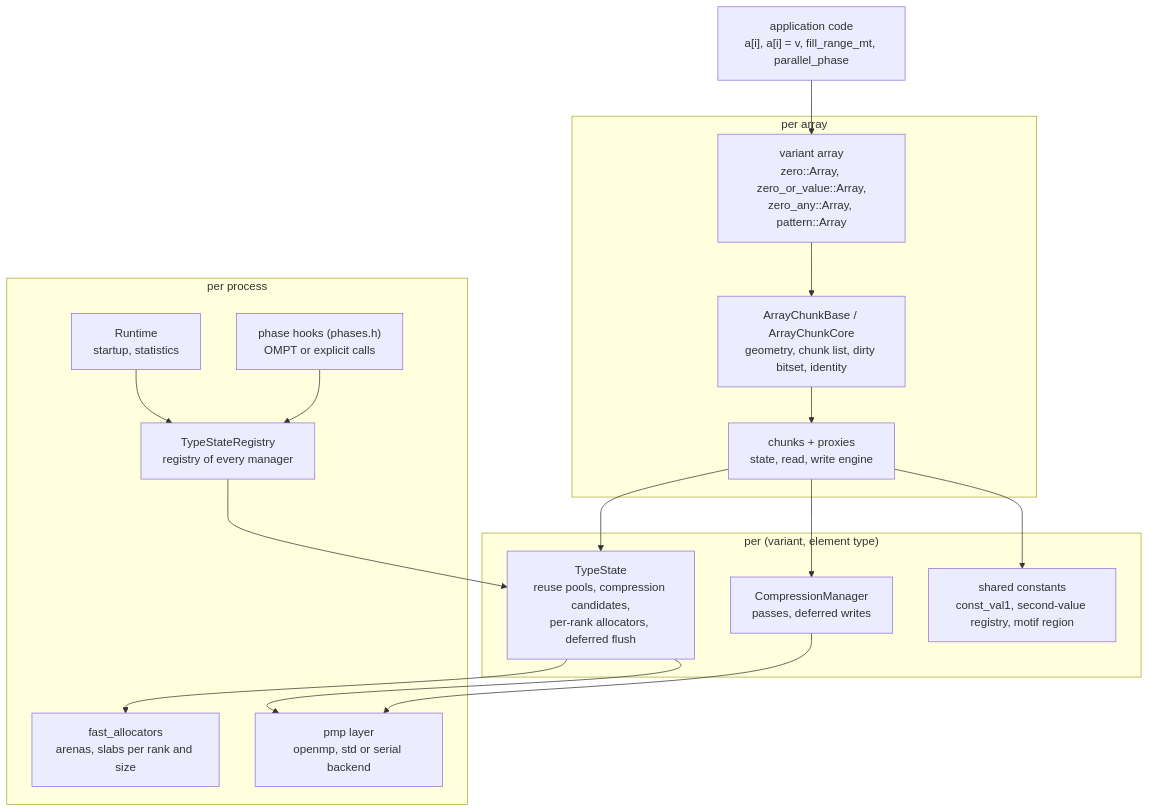
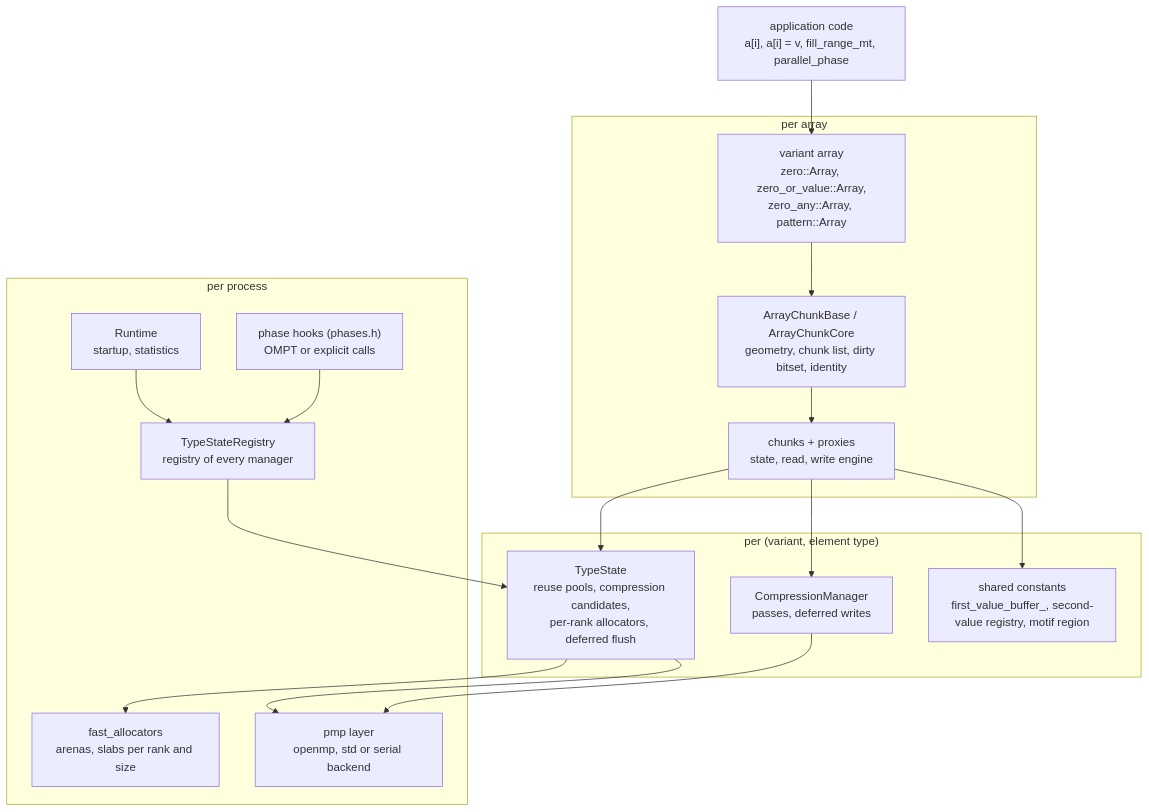
Before and after one commit to cea-hpc/shrink-array: the second of 3 diagrams in docs/design.md, drawn with Mermaid. The commit also changed other lines of this file and 79 other files, not shown here.

````diff
--- a/docs/design.md
+++ b/docs/design.md
@@ -74,31 +74,31 @@
 ```mermaid
 flowchart TB
     app["application code<br/>a[i], a[i] = v, fill_range_mt, parallel_phase"]
     subgraph per_array["per array"]
         arr["variant array<br/>zero::Array, zero_or_value::Array,<br/>zero_any::Array, pattern::Array"]
         base["ArrayChunkBase / ArrayChunkCore<br/>geometry, chunk list, dirty bitset, identity"]
         chk["chunks + proxies<br/>state, read, write engine"]
     end
     subgraph per_type["per (variant, element type)"]
         mgr["TypeState<br/>reuse pools, compression candidates,<br/>per-rank allocators, deferred flush"]
         cmp["CompressionManager<br/>passes, deferred writes"]
-        reg["shared constants<br/>const_val1, second-value registry, motif region"]
+        reg["shared constants<br/>first_value_buffer_, second-value registry, motif region"]
     end
     subgraph per_process["per process"]
         all["TypeStateRegistry<br/>registry of every manager"]
         par["Runtime<br/>startup, statistics"]
         phase["phase hooks (phases.h)<br/>OMPT or explicit calls"]
         pmp["pmp layer<br/>openmp, std or serial backend"]
         fa["fast_allocators<br/>arenas, slabs per rank and size"]
     end
     app --> arr --> base --> chk
     chk --> mgr
     chk --> cmp
     chk --> reg
     mgr --> fa
     all --> mgr
     par --> all
     phase --> all
     cmp --> pmp
     mgr --> pmp
 ```
````
